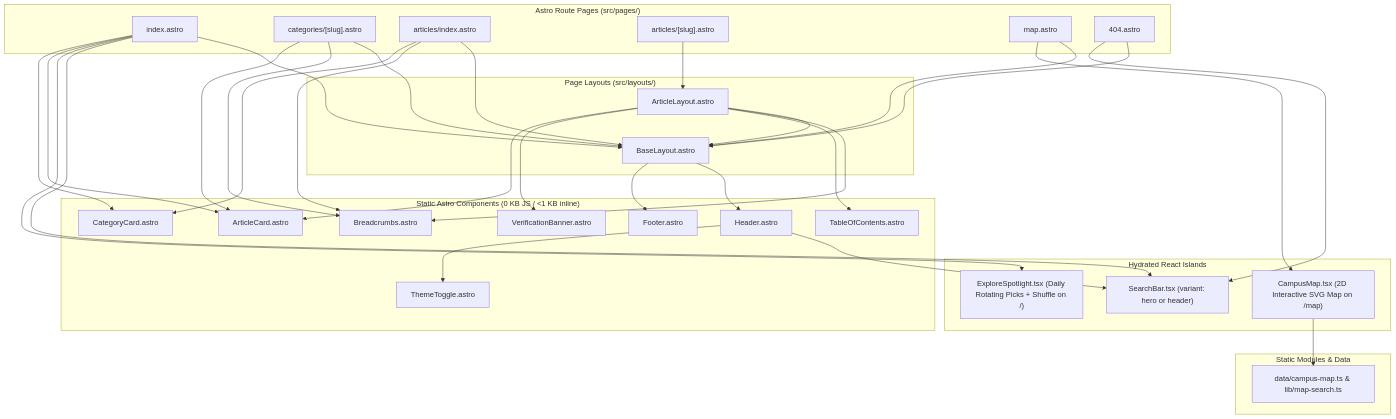
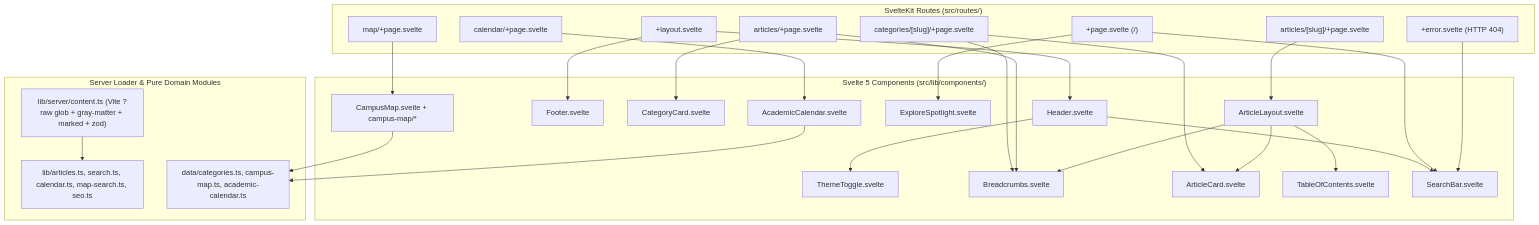
Before and after one commit to bulsutools/geary: the second of 2 diagrams in docs/ARCHITECTURE.md, drawn with Mermaid. The commit also changed other lines of this file and 10 other files, not shown here.

Commit message:
docs(architecture): specify SvelteKit SSR on Vercel migration baseline (M7) (#45)

````diff
--- a/docs/ARCHITECTURE.md
+++ b/docs/ARCHITECTURE.md
@@ -96,70 +95,57 @@
 ```mermaid
 flowchart TD
-    subgraph Pages["Astro Route Pages (src/pages/)"]
-        P_HOME["index.astro"]
-        P_CAT["categories/[slug].astro"]
-        P_ART_IDX["articles/index.astro"]
-        P_ART["articles/[slug].astro"]
-        P_MAP["map.astro"]
-        P_404["404.astro"]
+    subgraph Routes["SvelteKit Routes (src/routes/)"]
+        R_LAY["+layout.svelte"]
+        R_ERR["+error.svelte (HTTP 404)"]
+        R_HOME["+page.svelte (/)"]
+        R_CAT["categories/[slug]/+page.svelte"]
+        R_ART_IDX["articles/+page.svelte"]
+        R_ART["articles/[slug]/+page.svelte"]
+        R_CAL["calendar/+page.svelte"]
+        R_MAP["map/+page.svelte"]
     end
 
-    subgraph Layouts["Page Layouts (src/layouts/)"]
-        L_BASE["BaseLayout.astro"]
-        L_ART["ArticleLayout.astro"]
+    subgraph Components["Svelte 5 Components (src/lib/components/)"]
+        C_HDR["Header.svelte"]
+        C_THM["ThemeToggle.svelte"]
+        C_FTR["Footer.svelte"]
+        C_BC["Breadcrumbs.svelte"]
+        C_CCARD["CategoryCard.svelte"]
+        C_ACARD["ArticleCard.svelte"]
+        C_TOC["TableOfContents.svelte"]
+        C_ARTL["ArticleLayout.svelte"]
+        C_SRCH["SearchBar.svelte"]
+        C_EXPL["ExploreSpotlight.svelte"]
+        C_CAL["AcademicCalendar.svelte"]
+        C_MAP["CampusMap.svelte + campus-map/*"]
     end
 
-    subgraph StaticComps["Static Astro Components (0 KB JS / <1 KB inline)"]
-        C_HDR["Header.astro"]
-        C_THM["ThemeToggle.astro"]
-        C_FTR["Footer.astro"]
-        C_BC["Breadcrumbs.astro"]
-        C_CCARD["CategoryCard.astro"]
-        C_ACARD["ArticleCard.astro"]
-        C_TOC["TableOfContents.astro"]
-        C_VER["VerificationBanner.astro"]
+    subgraph ServerAndDomain["Server Loader & Pure Domain Modules"]
+        S_CNT["lib/server/content.ts (Vite ?raw glob + gray-matter + marked + zod)"]
+        D_CORE["lib/articles.ts, search.ts, calendar.ts, map-search.ts, seo.ts"]
+        D_DATA["data/categories.ts, campus-map.ts, academic-calendar.ts"]
     end
 
-    subgraph StaticData["Static Modules & Data"]
-        D_MAP["data/campus-map.ts & lib/map-search.ts"]
-    end
-
-    subgraph Islands["Hydrated React Islands"]
-        I_SRCH["SearchBar.tsx (variant: hero or header)"]
-        I_EXPL["ExploreSpotlight.tsx (Daily Rotating Picks + Shuffle on /)"]
-        I_MAP["CampusMap.tsx (2D Interactive SVG Map on /map)"]
-    end
-
-    P_HOME --> L_BASE
-    P_CAT --> L_BASE
-    P_ART_IDX --> L_BASE
-    P_MAP --> L_BASE
-    P_404 --> L_BASE
-    P_ART --> L_ART
-    L_ART --> L_BASE
-
-    L_BASE --> C_HDR
-    L_BASE --> C_FTR
-    C_HDR --> I_SRCH
+    R_LAY --> C_HDR
+    R_LAY --> C_FTR
+    C_HDR --> C_SRCH
     C_HDR --> C_THM
 
-    P_HOME --> I_SRCH
-    P_HOME --> I_EXPL
-    P_HOME --> C_ACARD
-    P_HOME --> C_CCARD
+    R_HOME --> C_SRCH
+    R_HOME --> C_EXPL
+    R_CAT --> C_BC
+    R_CAT --> C_ACARD
+    R_ART_IDX --> C_BC
+    R_ART_IDX --> C_CCARD
+    R_ART --> C_ARTL
+    C_ARTL --> C_BC
+    C_ARTL --> C_TOC
+    C_ARTL --> C_ACARD
+    R_CAL --> C_CAL
+    R_MAP --> C_MAP
+    R_ERR --> C_SRCH
 
-    P_CAT --> C_BC
-    P_CAT --> C_ACARD
-
-    P_ART_IDX --> C_BC
-    P_ART_IDX --> C_CCARD
-
-    L_ART --> C_BC
-    L_ART --> C_TOC
-    L_ART --> C_VER
-    L_ART --> C_ACARD
-
-    P_404 --> I_SRCH
-    P_MAP --> I_MAP
-    I_MAP --> D_MAP
+    S_CNT --> D_CORE
+    C_MAP --> D_DATA
+    C_CAL --> D_DATA
 ```
````
